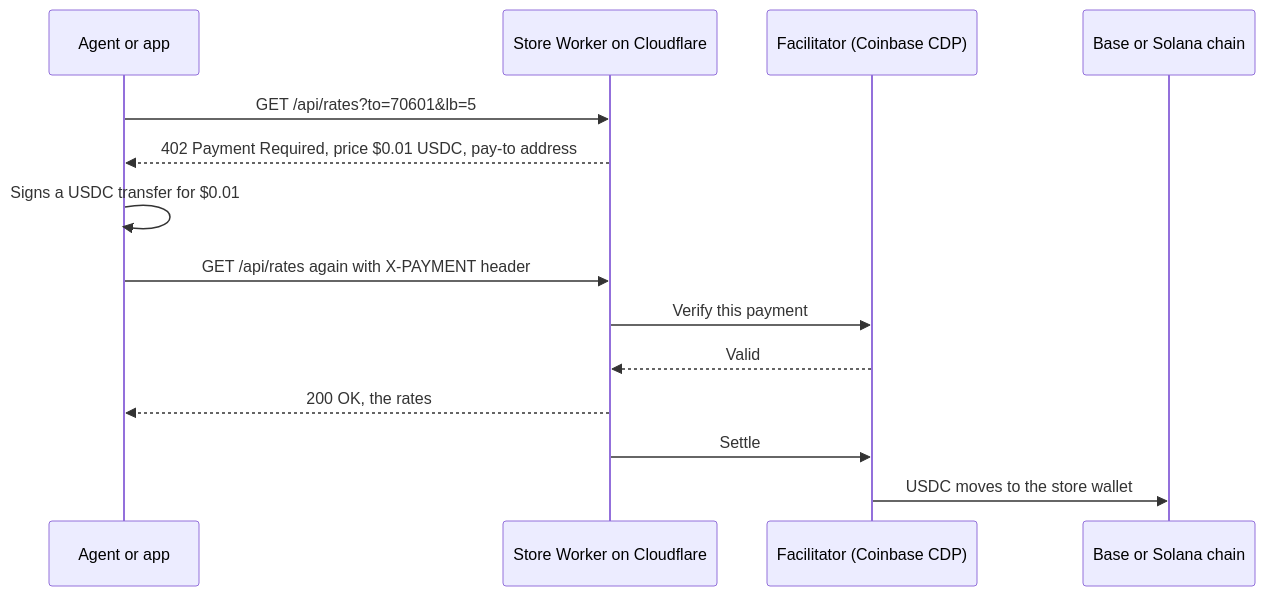
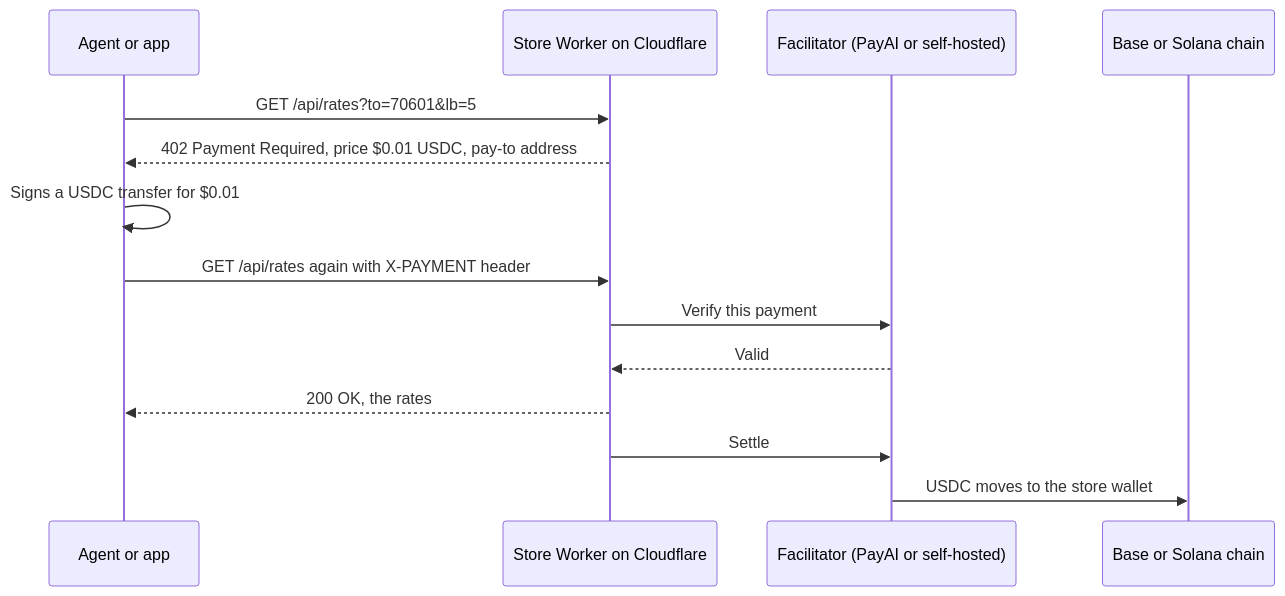
The first of 6 diagrams in monetization/x402/README.md (wbp318/goin-postal-forsythe), drawn with Mermaid before and after one commit. The commit also changed other lines of this file and 1 other file, not shown here.

First line of the commit message:
x402 plan: Kraken for the wallet, PayAI or self-hosted facilitator

````diff
--- a/monetization/x402/README.md
+++ b/monetization/x402/README.md
@@ -9,16 +9,16 @@
 ```mermaid
 sequenceDiagram
   participant A as Agent or app
   participant W as Store Worker on Cloudflare
-  participant F as Facilitator (Coinbase CDP)
+  participant F as Facilitator (PayAI or self-hosted)
   participant C as Base or Solana chain
   A->>W: GET /api/rates?to=70601&lb=5
   W-->>A: 402 Payment Required, price $0.01 USDC, pay-to address
   A->>A: Signs a USDC transfer for $0.01
   A->>W: GET /api/rates again with X-PAYMENT header
   W->>F: Verify this payment
   F-->>W: Valid
   W-->>A: 200 OK, the rates
   W->>F: Settle
   F->>C: USDC moves to the store wallet
 ```
````
